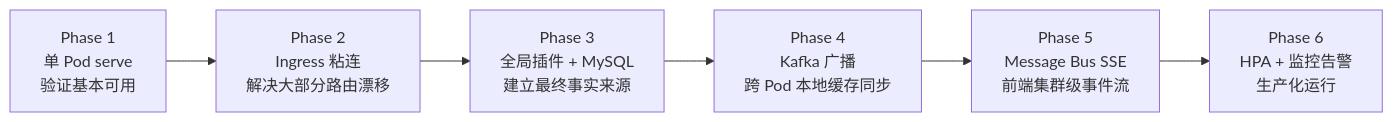
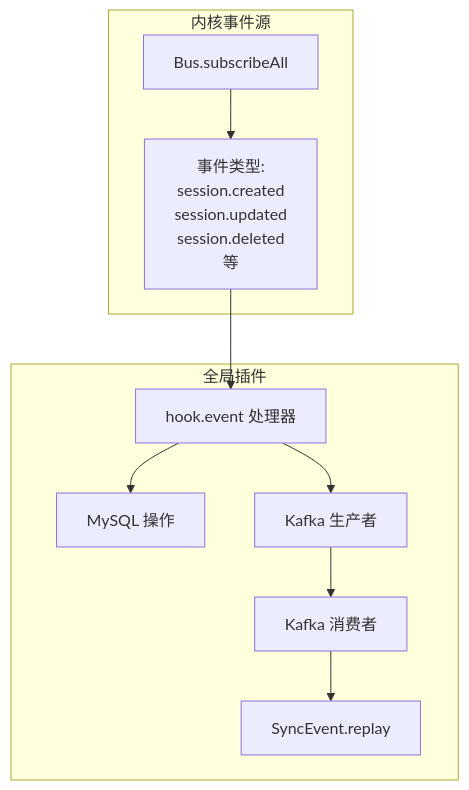
One commit to ArchAIHarness/docs changed the ninth of 13 diagrams in 0xA0_实践方法/0xA6_OpenCodeK8S集群部署指南.md. Above: the diagram before and after it, drawn with Mermaid. The commit also changed other lines of this file, not shown here.

````diff
--- a/0xA0_实践方法/0xA6_OpenCodeK8S集群部署指南.md
+++ b/0xA0_实践方法/0xA6_OpenCodeK8S集群部署指南.md
@@ -457,11 +542,22 @@
 ```mermaid
-flowchart LR
-    P1["Phase 1<br/>单 Pod serve<br/>验证基本可用"]
-    P2["Phase 2<br/>Ingress 粘连<br/>解决大部分路由漂移"]
-    P3["Phase 3<br/>全局插件 + MySQL<br/>建立最终事实来源"]
-    P4["Phase 4<br/>Kafka 广播<br/>跨 Pod 本地缓存同步"]
-    P5["Phase 5<br/>Message Bus SSE<br/>前端集群级事件流"]
-    P6["Phase 6<br/>HPA + 监控告警<br/>生产化运行"]
-
-    P1 --> P2 --> P3 --> P4 --> P5 --> P6
+flowchart TB
+    subgraph 内核["内核事件源"]
+        Bus[Bus.subscribeAll]
+        Events["事件类型:<br/>session.created<br/>session.updated<br/>session.deleted<br/>等"]
+    end
+    
+    subgraph Plugin["全局插件"]
+        Handler["hook.event 处理器"]
+        MySQL["MySQL 操作"]
+        KafkaProducer["Kafka 生产者"]
+        KafkaConsumer["Kafka 消费者"]
+        Replay["SyncEvent.replay"]
+    end
+    
+    Bus --> Events
+    Events --> Handler
+    Handler --> MySQL
+    Handler --> KafkaProducer
+    KafkaProducer --> KafkaConsumer
+    KafkaConsumer --> Replay
 ```
````
